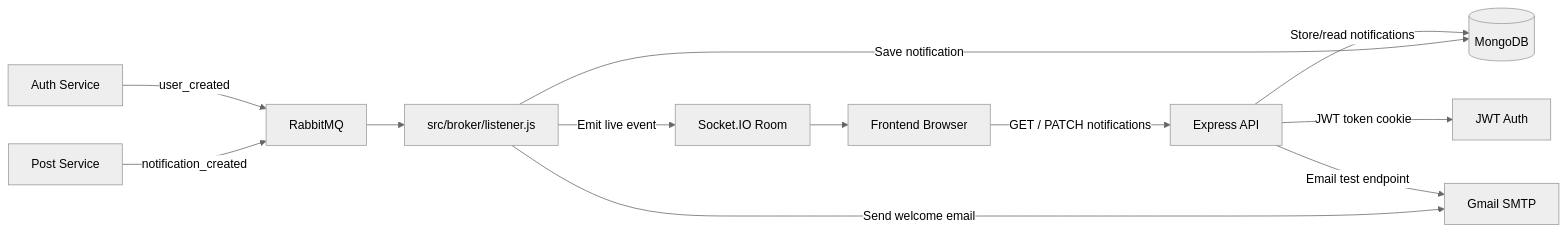
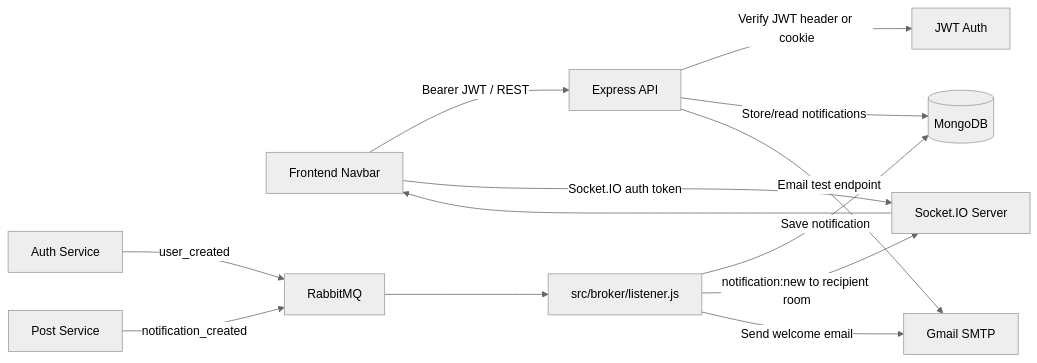
One commit to taiyeba-software/verbascope-social-ml changed the diagram in services/notification-service/README.md. Above: the diagram before and after it, drawn with Mermaid (neutral theme). The commit also changed other lines of this file and 19 other files, not shown here.

````diff
--- a/services/notification-service/README.md
+++ b/services/notification-service/README.md
@@ -20,16 +20,17 @@
 ```mermaid
 flowchart LR
-    FE[Frontend Browser] -->|GET / PATCH notifications| APP[Express API]
-    APP -->|JWT token cookie| JWT[JWT Auth]
+    FE[Frontend Navbar] -->|Bearer JWT / REST| APP[Express API]
+    FE -->|Socket.IO auth token| IO[Socket.IO Server]
+    APP -->|Verify JWT header or cookie| JWT[JWT Auth]
     APP -->|Store/read notifications| MONGO[(MongoDB)]
     APP -->|Email test endpoint| SMTP[Gmail SMTP]
 
     AUTH[Auth Service] -->|user_created| MQ[RabbitMQ]
     POST[Post Service] -->|notification_created| MQ
     MQ --> LISTENER[src/broker/listener.js]
     LISTENER -->|Save notification| MONGO
-    LISTENER -->|Emit live event| IO[Socket.IO Room]
+    LISTENER -->|notification:new to recipient room| IO
     LISTENER -->|Send welcome email| SMTP
 
     IO --> FE
 ```
````
